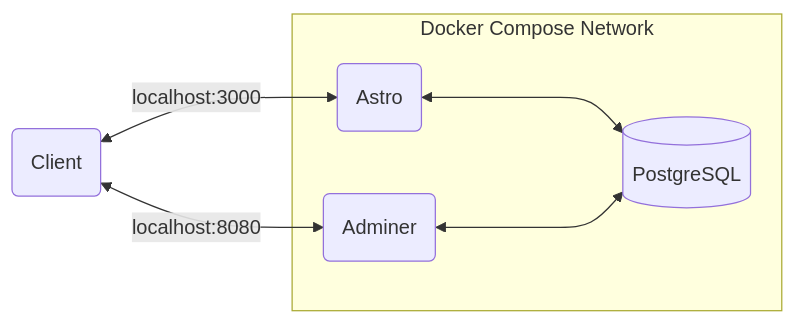
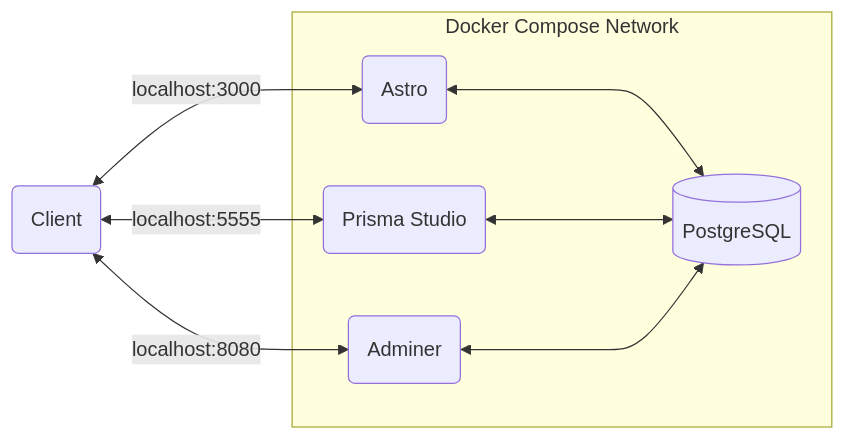
One commit to Jon1VK/laitilanjyskeyleisurheilu changed the diagram in README.md. Above: the diagram before and after it, drawn with Mermaid. The commit also changed other lines of this file and 12 other files, not shown here.

````diff
--- a/README.md
+++ b/README.md
@@ -46,9 +47,11 @@
 ```mermaid
 flowchart LR
     client(Client) <--localhost:3000--> astro(Astro)
+    client <--localhost:5555--> prisma_studio(Prisma Studio)
     client <--localhost:8080--> adminer(Adminer)
     subgraph Docker Compose Network
         astro <----> postgres[(PostgreSQL)]
+        prisma_studio <----> postgres
         adminer <----> postgres
     end
 ```
````
